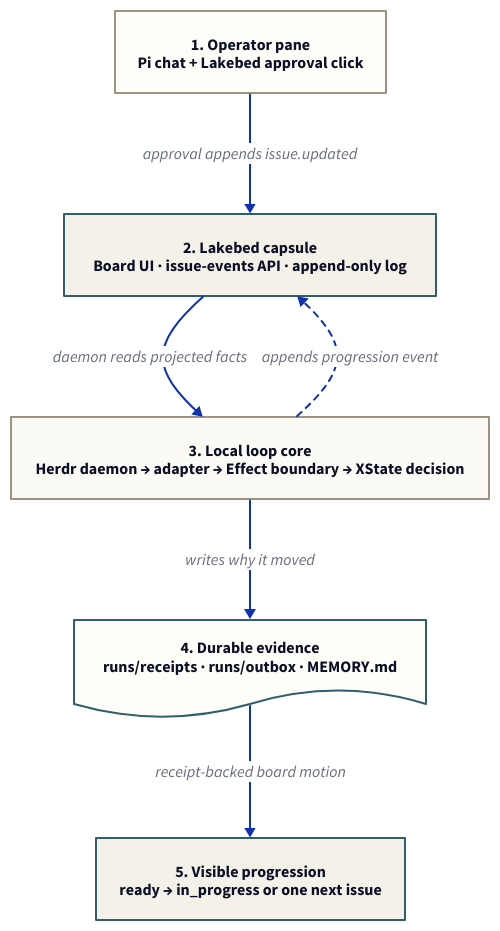
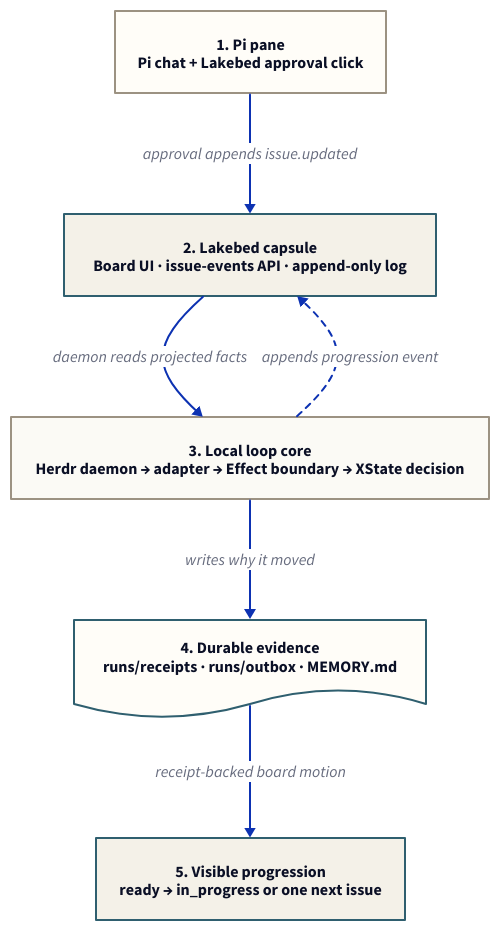
The diagram in web/static/workshop-system.d2 (joelhooks/aie-loopcraft-workshop-2026), drawn with D2 before and after one commit. The commit also changed 45 other files, not shown here.

```diff
--- a/web/static/workshop-system.d2
+++ b/web/static/workshop-system.d2
@@ -1,39 +1,39 @@
 direction: down
 
-operator: "1. Operator pane\nPi chat + Lakebed approval click" {
+pi_pane: "1. Pi pane\nPi chat + Lakebed approval click" {
   shape: rectangle
   style.fill: "#fffdf8"
   style.stroke: "#9c9282"
 }
 
 lakebed: "2. Lakebed capsule\nBoard UI · issue-events API · append-only log" {
   shape: rectangle
   style.fill: "#f4f1e8"
   style.stroke: "#2f5f6f"
 }
 
 loop: "3. Local loop core\nHerdr daemon → adapter → Effect boundary → XState decision" {
   shape: rectangle
   style.fill: "#fbfaf5"
   style.stroke: "#9c9282"
 }
 
 evidence: "4. Durable evidence\nruns/receipts · runs/outbox · MEMORY.md" {
   shape: document
   style.fill: "#fffdf8"
   style.stroke: "#2f5f6f"
 }
 
 visible: "5. Visible progression\nready → in_progress or one next issue" {
   shape: rectangle
   style.fill: "#f4f1e8"
   style.stroke: "#2f5f6f"
 }
 
-operator -> lakebed: "approval appends issue.updated"
+pi_pane -> lakebed: "approval appends issue.updated"
 lakebed -> loop: "daemon reads projected facts"
 loop -> evidence: "writes why it moved"
 loop -> lakebed: "appends progression event" {
   style.stroke-dash: 3
 }
 evidence -> visible: "receipt-backed board motion"
```
